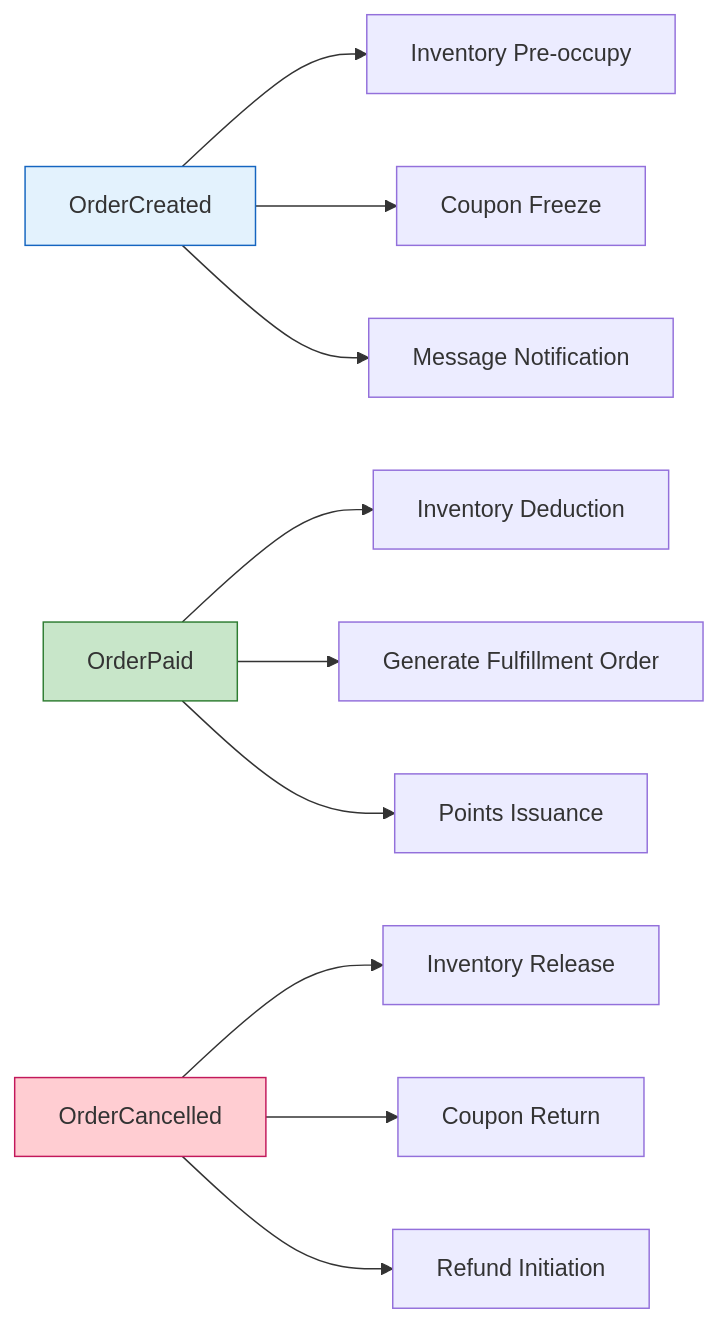
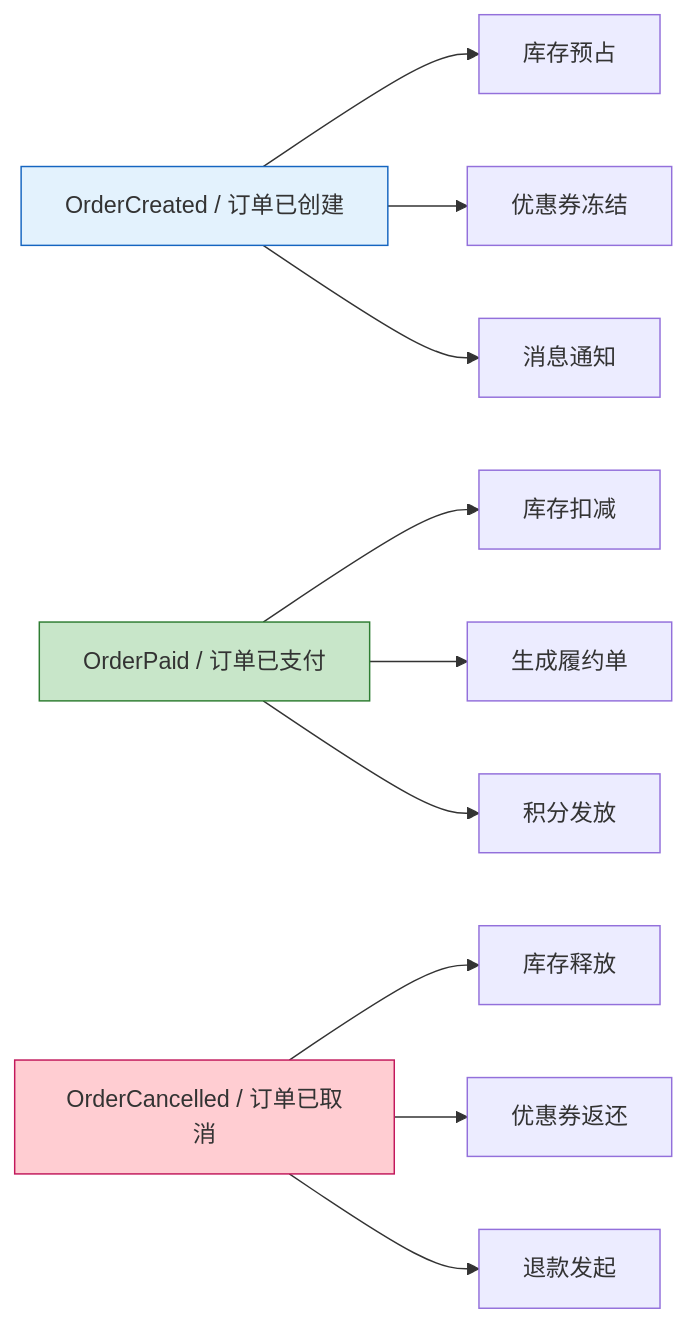
One commit to Kirky-X/cangjie changed the fifth of 11 diagrams in templates/Product/Product/Template-FRD.md. Above: the diagram before and after it, drawn with Mermaid. The commit also changed other lines of this file and 33 other files, not shown here.

````diff
--- a/templates/Product/Product/Template-FRD.md
+++ b/templates/Product/Product/Template-FRD.md
@@ -215,18 +215,18 @@
 ```mermaid
 graph LR
-    E1[OrderCreated] --> H1[Inventory Pre-occupy]
-    E1 --> H2[Coupon Freeze]
-    E1 --> H3[Message Notification]
+    E1[OrderCreated / 订单已创建] --> H1[库存预占]
+    E1 --> H2[优惠券冻结]
+    E1 --> H3[消息通知]
 
-    E2[OrderPaid] --> H4[Inventory Deduction]
-    E2 --> H5[Generate Fulfillment Order]
-    E2 --> H6[Points Issuance]
+    E2[OrderPaid / 订单已支付] --> H4[库存扣减]
+    E2 --> H5[生成履约单]
+    E2 --> H6[积分发放]
 
-    E3[OrderCancelled] --> H7[Inventory Release]
-    E3 --> H8[Coupon Return]
-    E3 --> H9[Refund Initiation]
+    E3[OrderCancelled / 订单已取消] --> H7[库存释放]
+    E3 --> H8[优惠券返还]
+    E3 --> H9[退款发起]
 
     style E1 fill:#e3f2fd,stroke:#1565c0
     style E2 fill:#c8e6c9,stroke:#2e7d32
     style E3 fill:#ffcdd2,stroke:#c2185b
 ```
````
